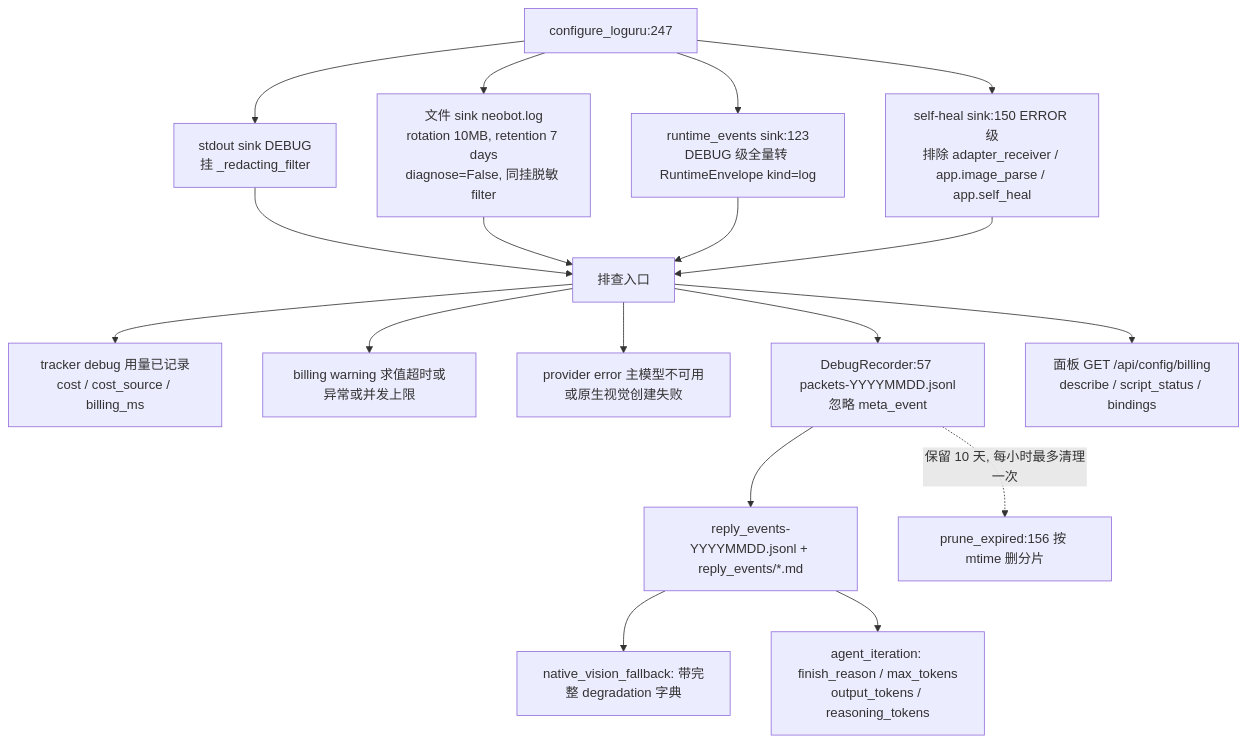
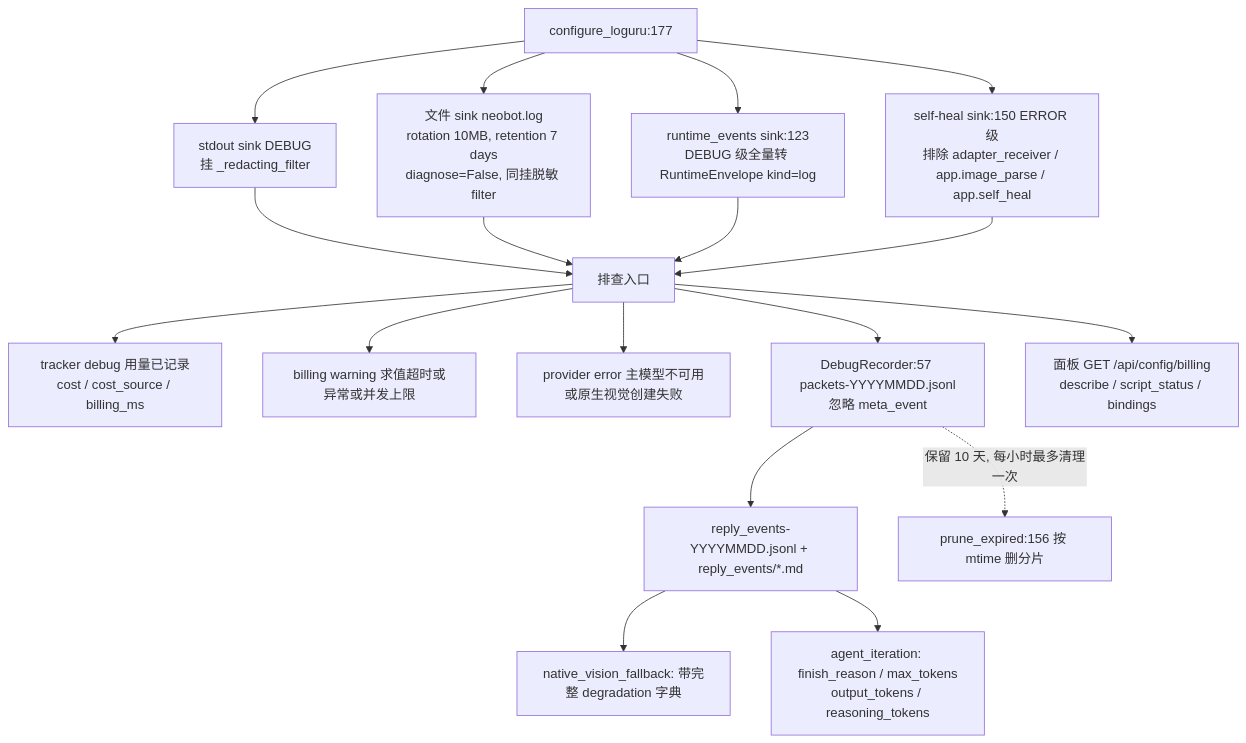
One commit to SuperQuail/NeoBot changed diagram 11 of 11 in docs/flow/05-llm-routing.md. Above: the diagram before and after it, drawn with Mermaid. The commit also changed other lines of this file and 12 other files, not shown here.

````diff
--- a/docs/flow/05-llm-routing.md
+++ b/docs/flow/05-llm-routing.md
@@ -469,20 +469,20 @@
 ```mermaid
 flowchart TD
-    A["configure_loguru:247"] --> B["stdout sink DEBUG<br/>挂 _redacting_filter"]
+    A["configure_loguru:177"] --> B["stdout sink DEBUG<br/>挂 _redacting_filter"]
     A --> C["文件 sink neobot.log<br/>rotation 10MB, retention 7 days<br/>diagnose=False, 同挂脱敏 filter"]
     A --> D["runtime_events sink:123<br/>DEBUG 级全量转 RuntimeEnvelope kind=log"]
     A --> E["self-heal sink:150 ERROR 级<br/>排除 adapter_receiver / app.image_parse / app.self_heal"]
     B --> F["排查入口"]
     C --> F
     D --> F
     E --> F
     F --> G["tracker debug 用量已记录<br/>cost / cost_source / billing_ms"]
     F --> H["billing warning 求值超时或异常或并发上限"]
     F --> I["provider error 主模型不可用或原生视觉创建失败"]
     F --> J["DebugRecorder:57 packets-YYYYMMDD.jsonl<br/>忽略 meta_event"]
     J --> K["reply_events-YYYYMMDD.jsonl + reply_events/*.md"]
     K --> L["native_vision_fallback: 带完整 degradation 字典"]
     K --> M["agent_iteration: finish_reason / max_tokens<br/>output_tokens / reasoning_tokens"]
     J -.->|"保留 10 天, 每小时最多清理一次"| N["prune_expired:156 按 mtime 删分片"]
     F --> O["面板 GET /api/config/billing<br/>describe / script_status / bindings"]
 ```
````
